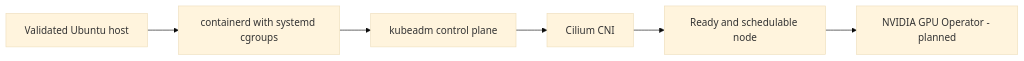
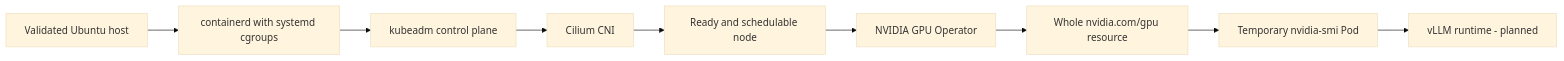
The first of 2 diagrams in docs/architecture.md (Ayobami-00/kube-inference-platform), drawn with Mermaid (base theme) before and after one commit. The commit also changed other lines of this file and 16 other files, not shown here.

Commit message:
feat(gpu): add NVIDIA GPU Operator hard checkpoint

````diff
--- a/docs/architecture.md
+++ b/docs/architecture.md
@@ -22,8 +22,11 @@
 ```mermaid
 flowchart LR
     Host[Validated Ubuntu host] --> Runtime[containerd with systemd cgroups]
     Runtime --> ControlPlane[kubeadm control plane]
     ControlPlane --> CNI[Cilium CNI]
     CNI --> Ready[Ready and schedulable node]
-    Ready --> GPUOperator[NVIDIA GPU Operator - planned]
+    Ready --> GPUOperator[NVIDIA GPU Operator]
+    GPUOperator --> GPUReady[Whole nvidia.com/gpu resource]
+    GPUReady --> Smoke[Temporary nvidia-smi Pod]
+    Smoke --> VLLMRuntime[vLLM runtime - planned]
 ```
````
